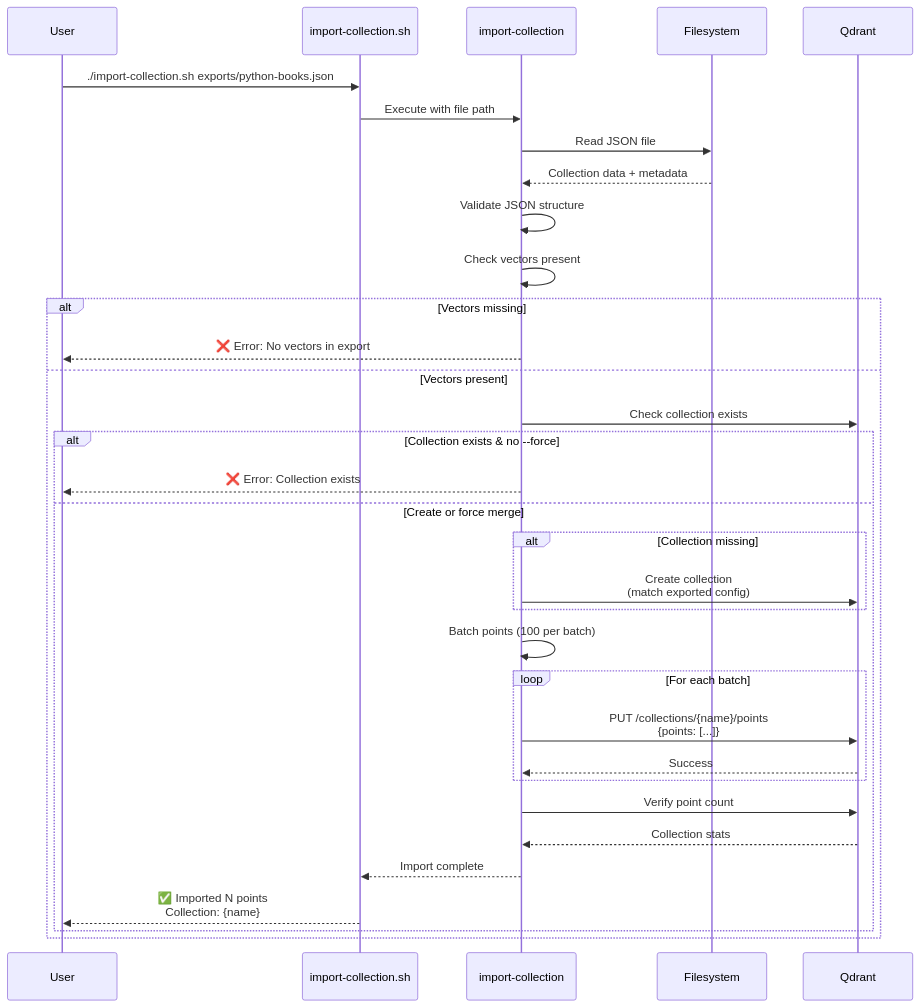
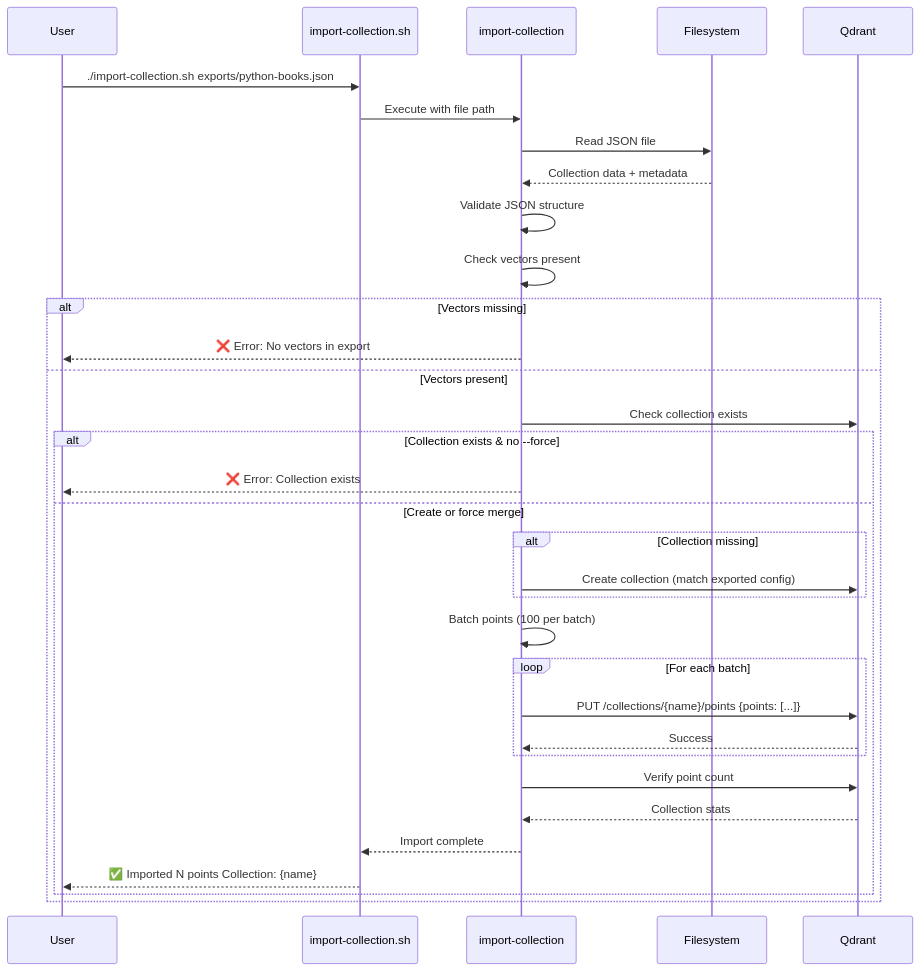
One commit to softwarewrighter/rag-demo changed the ninth of 13 diagrams in wiki/Data-Flow-Diagrams.md. Above: the diagram before and after it, drawn with Mermaid. The commit also changed other lines of this file and 7 other files, not shown here.

````diff
--- a/wiki/Data-Flow-Diagrams.md
+++ b/wiki/Data-Flow-Diagrams.md
@@ -298,44 +298,44 @@
 ```mermaid
 sequenceDiagram
     participant User
     participant Script as import-collection.sh
     participant Import as import-collection
     participant FS as Filesystem
     participant Qdrant
 
     User->>Script: ./import-collection.sh exports/python-books.json
     Script->>Import: Execute with file path
 
     Import->>FS: Read JSON file
     FS-->>Import: Collection data + metadata
 
     Import->>Import: Validate JSON structure
     Import->>Import: Check vectors present
 
     alt Vectors missing
         Import-->>User: ❌ Error: No vectors in export
     else Vectors present
         Import->>Qdrant: Check collection exists
 
         alt Collection exists & no --force
             Import-->>User: ❌ Error: Collection exists
         else Create or force merge
             alt Collection missing
-                Import->>Qdrant: Create collection<br/>(match exported config)
+                Import->>Qdrant: Create collection (match exported config)
             end
 
             Import->>Import: Batch points (100 per batch)
 
             loop For each batch
-                Import->>Qdrant: PUT /collections/{name}/points<br/>{points: [...]}
+                Import->>Qdrant: PUT /collections/{name}/points {points: [...]}
                 Qdrant-->>Import: Success
             end
 
             Import->>Qdrant: Verify point count
             Qdrant-->>Import: Collection stats
 
             Import-->>Script: Import complete
-            Script-->>User: ✅ Imported N points<br/>Collection: {name}
+            Script-->>User: ✅ Imported N points Collection: {name}
         end
     end
 ```
````
